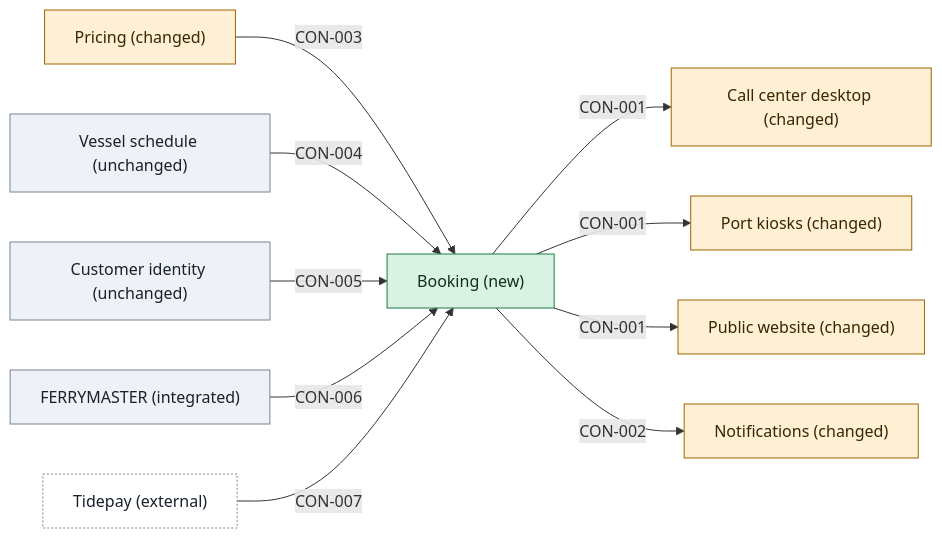
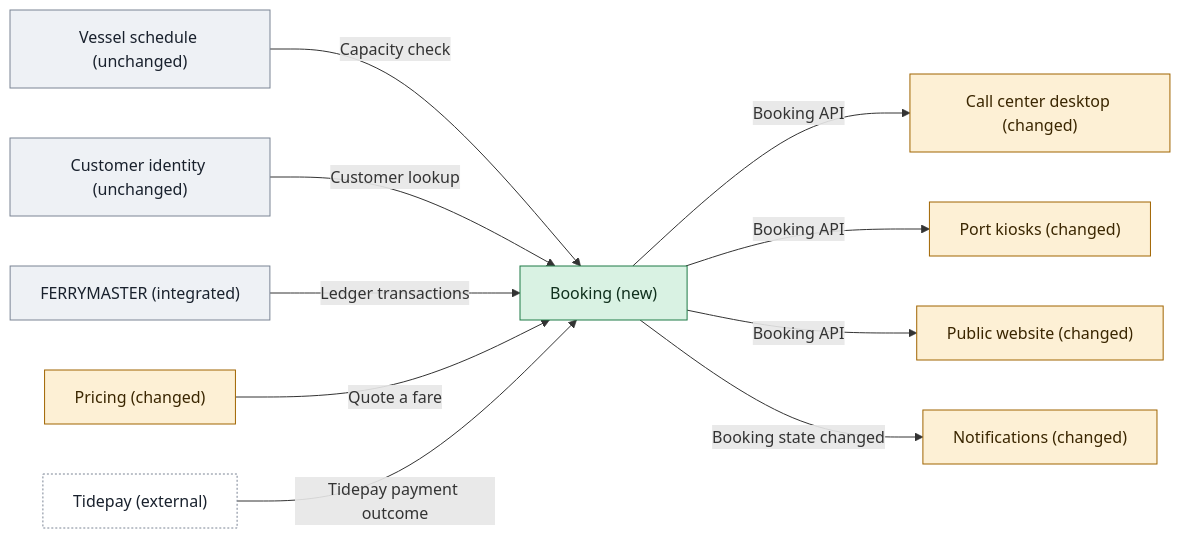
One commit to smalls257/vela changed the diagram in examples/unified-booking/05-building-blocks/05-building-blocks.md. Above: the diagram before and after it, drawn with Mermaid. The commit also changed other lines of this file and 56 other files, not shown here.

````diff
--- a/examples/unified-booking/05-building-blocks/05-building-blocks.md
+++ b/examples/unified-booking/05-building-blocks/05-building-blocks.md
@@ -20,30 +20,30 @@
 ```mermaid
 flowchart LR
   n_APP_booking["Booking (new)"]
   n_APP_call_center["Call center desktop (changed)"]
   n_APP_customer_identity["Customer identity (unchanged)"]
   n_APP_ferrymaster["FERRYMASTER (integrated)"]
   n_APP_kiosks["Port kiosks (changed)"]
   n_APP_notifications["Notifications (changed)"]
   n_APP_pricing["Pricing (changed)"]
   n_APP_vessel_schedule["Vessel schedule (unchanged)"]
   n_APP_website["Public website (changed)"]
   x_tidepay__external_["Tidepay (external)"]
-  n_APP_booking -->|"CON-001"| n_APP_call_center
-  n_APP_booking -->|"CON-001"| n_APP_kiosks
-  n_APP_booking -->|"CON-001"| n_APP_website
-  n_APP_booking -->|"CON-002"| n_APP_notifications
-  n_APP_pricing -->|"CON-003"| n_APP_booking
-  n_APP_vessel_schedule -->|"CON-004"| n_APP_booking
-  n_APP_customer_identity -->|"CON-005"| n_APP_booking
-  n_APP_ferrymaster -->|"CON-006"| n_APP_booking
-  x_tidepay__external_ -->|"CON-007"| n_APP_booking
+  n_APP_booking -->|"Booking API"| n_APP_call_center
+  n_APP_booking -->|"Booking API"| n_APP_kiosks
+  n_APP_booking -->|"Booking API"| n_APP_website
+  n_APP_booking -->|"Booking state changed"| n_APP_notifications
+  n_APP_vessel_schedule -->|"Capacity check"| n_APP_booking
+  n_APP_customer_identity -->|"Customer lookup"| n_APP_booking
+  n_APP_ferrymaster -->|"Ledger transactions"| n_APP_booking
+  n_APP_pricing -->|"Quote a fare"| n_APP_booking
+  x_tidepay__external_ -->|"Tidepay payment outcome"| n_APP_booking
   classDef changed fill:#fdf0d5,stroke:#a06400,color:#3a2600
   classDef external fill:#ffffff,stroke:#7a8494,color:#19212d,stroke-dasharray:2 2
   classDef new fill:#d9f2e3,stroke:#1e7a46,color:#10301d
   classDef unchanged fill:#eef1f5,stroke:#7a8494,color:#19212d
   class n_APP_call_center,n_APP_kiosks,n_APP_notifications,n_APP_pricing,n_APP_website changed
   class x_tidepay__external_ external
   class n_APP_booking new
   class n_APP_customer_identity,n_APP_ferrymaster,n_APP_vessel_schedule unchanged
 ```
````
